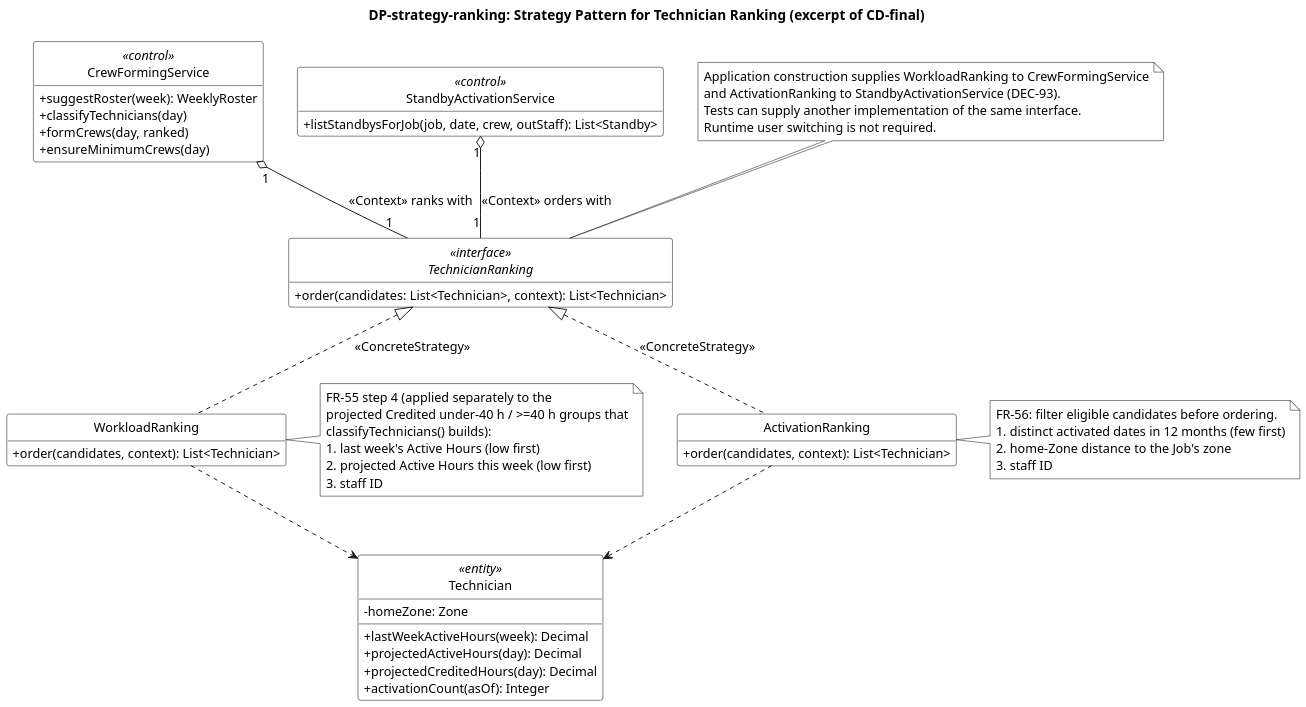
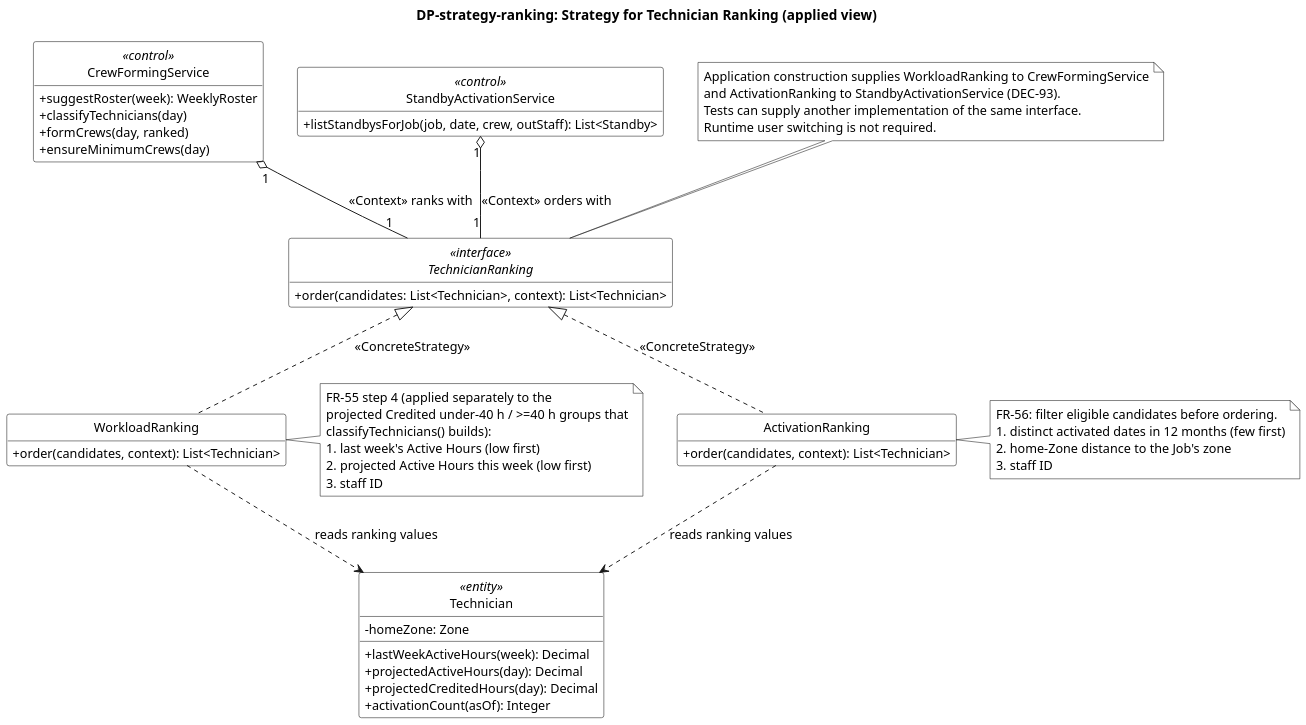
One commit to ZadeNova/inf2001-SE changed the diagram in diagrams/DP-strategy-ranking.puml. Above: the diagram before and after it, drawn with PlantUML. The commit also changed 18 other files, not shown here.

```diff
--- a/diagrams/DP-strategy-ranking.puml
+++ b/diagrams/DP-strategy-ranking.puml
@@ -1,73 +1,76 @@
 @startuml DP-strategy-ranking
 skinparam backgroundColor white
 skinparam shadowing false
 skinparam defaultFontName Arial
 skinparam defaultFontSize 13
 skinparam dpi 150
 skinparam classAttributeIconSize 0
 skinparam classBackgroundColor white
 skinparam classBorderColor black
 skinparam noteBackgroundColor white
 skinparam noteBorderColor black
 hide circle
 hide empty members
-title DP-strategy-ranking: Strategy Pattern for Technician Ranking (excerpt of CD-final)
+title DP-strategy-ranking: Strategy for Technician Ranking (applied view)
 ' Traces: FR-55, FR-56; DEC-80, DEC-81, DEC-93, DEC-96, DEC-97. Report §3.2.
 ' Roles: Context = CrewFormingService, StandbyActivationService; Strategy = TechnicianRanking;
 ' ConcreteStrategy = WorkloadRanking, ActivationRanking.
+' DEC-107: class participants and context/realisation links follow CD-final.
+' The two ranking-to-Technician read dependencies elaborate the existing
+' order(candidates, context) operations; CD-final does not list them explicitly.
 
 class CrewFormingService <<control>> {
  +suggestRoster(week): WeeklyRoster
  +classifyTechnicians(day)
  +formCrews(day, ranked)
  +ensureMinimumCrews(day)
 }
 class StandbyActivationService <<control>> {
  +listStandbysForJob(job, date, crew, outStaff): List<Standby>
 }
 interface TechnicianRanking <<interface>> {
  +order(candidates: List<Technician>, context): List<Technician>
 }
 class WorkloadRanking {
  +order(candidates, context): List<Technician>
 }
 class ActivationRanking {
  +order(candidates, context): List<Technician>
 }
 class Technician <<entity>> {
  -homeZone: Zone
  +lastWeekActiveHours(week): Decimal
  +projectedActiveHours(day): Decimal
  +projectedCreditedHours(day): Decimal
  +activationCount(asOf): Integer
 }
 
 CrewFormingService "1" o-- "1" TechnicianRanking : <<Context>> ranks with
 StandbyActivationService "1" o-- "1" TechnicianRanking : <<Context>> orders with
 TechnicianRanking <|.. WorkloadRanking : <<ConcreteStrategy>>
 TechnicianRanking <|.. ActivationRanking : <<ConcreteStrategy>>
-WorkloadRanking ..> Technician
-ActivationRanking ..> Technician
+WorkloadRanking ..> Technician : reads ranking values
+ActivationRanking ..> Technician : reads ranking values
 
 note top of TechnicianRanking
  Application construction supplies WorkloadRanking to CrewFormingService
  and ActivationRanking to StandbyActivationService (DEC-93).
  Tests can supply another implementation of the same interface.
  Runtime user switching is not required.
 end note
 
 note right of WorkloadRanking
  FR-55 step 4 (applied separately to the
  projected Credited under-40 h / >=40 h groups that
  classifyTechnicians() builds):
  1. last week's Active Hours (low first)
  2. projected Active Hours this week (low first)
  3. staff ID
 end note
 note right of ActivationRanking
  FR-56: filter eligible candidates before ordering.
  1. distinct activated dates in 12 months (few first)
  2. home-Zone distance to the Job's zone
  3. staff ID
 end note
 @enduml
```
